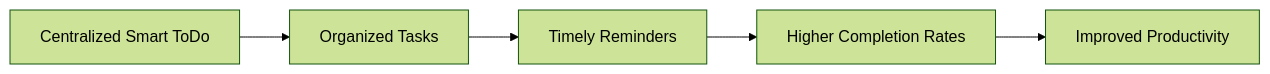
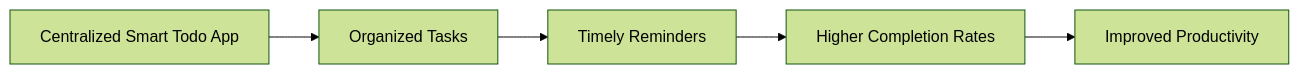
Before and after one commit to sayef-reyadh/smart-todo: the second of 2 diagrams in docs/02-problem-statement.md, drawn with Mermaid (forest theme). The commit also changed other lines of this file and 29 other files, not shown here.

Commit message:
Rename application references to Smart Todo App

````diff
--- a/docs/02-problem-statement.md
+++ b/docs/02-problem-statement.md
@@ -32,7 +32,7 @@
 ```mermaid
 flowchart LR
-  A[Centralized Smart ToDo] --> B[Organized Tasks]
+  A[Centralized Smart Todo App] --> B[Organized Tasks]
   B --> C[Timely Reminders]
   C --> D[Higher Completion Rates]
   D --> E[Improved Productivity]
 ```
````
